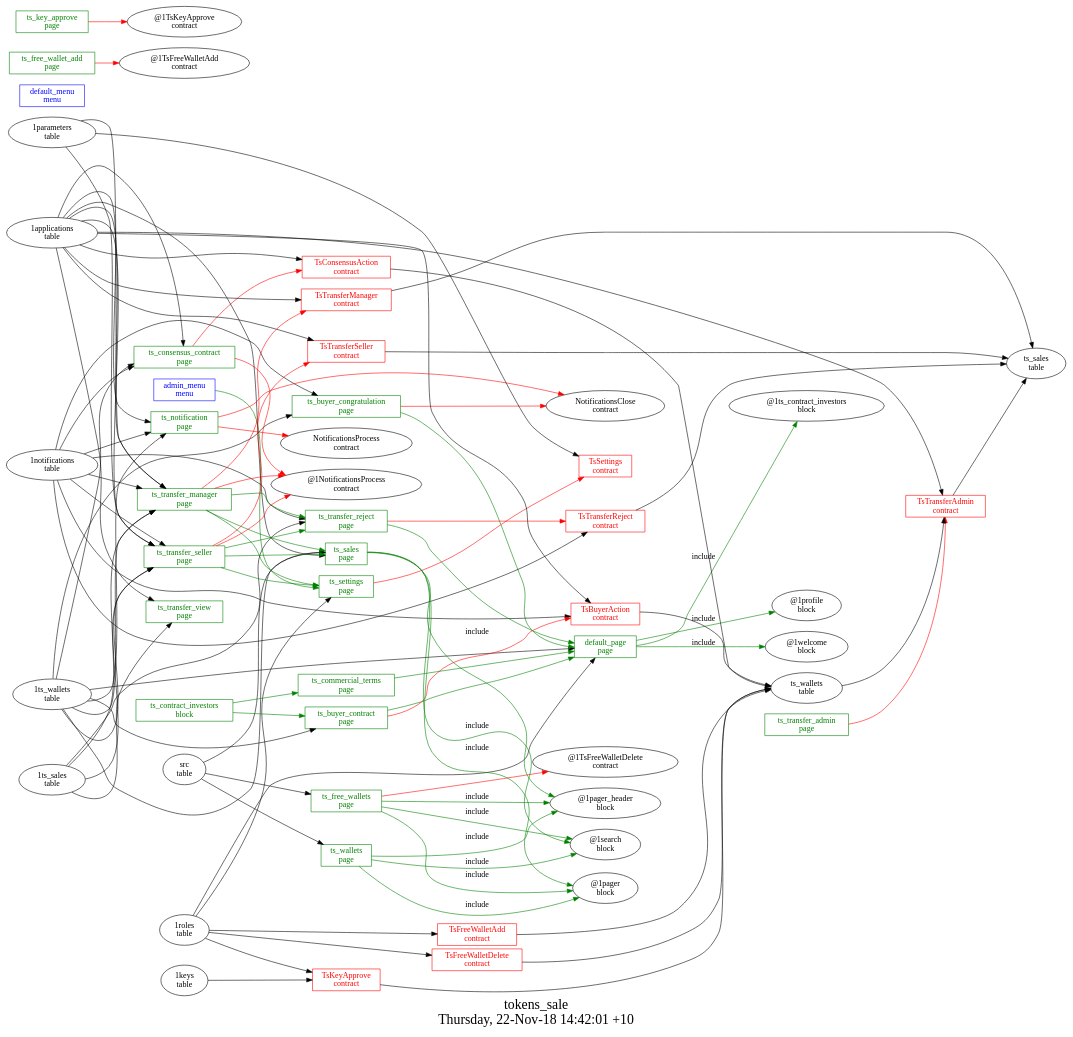
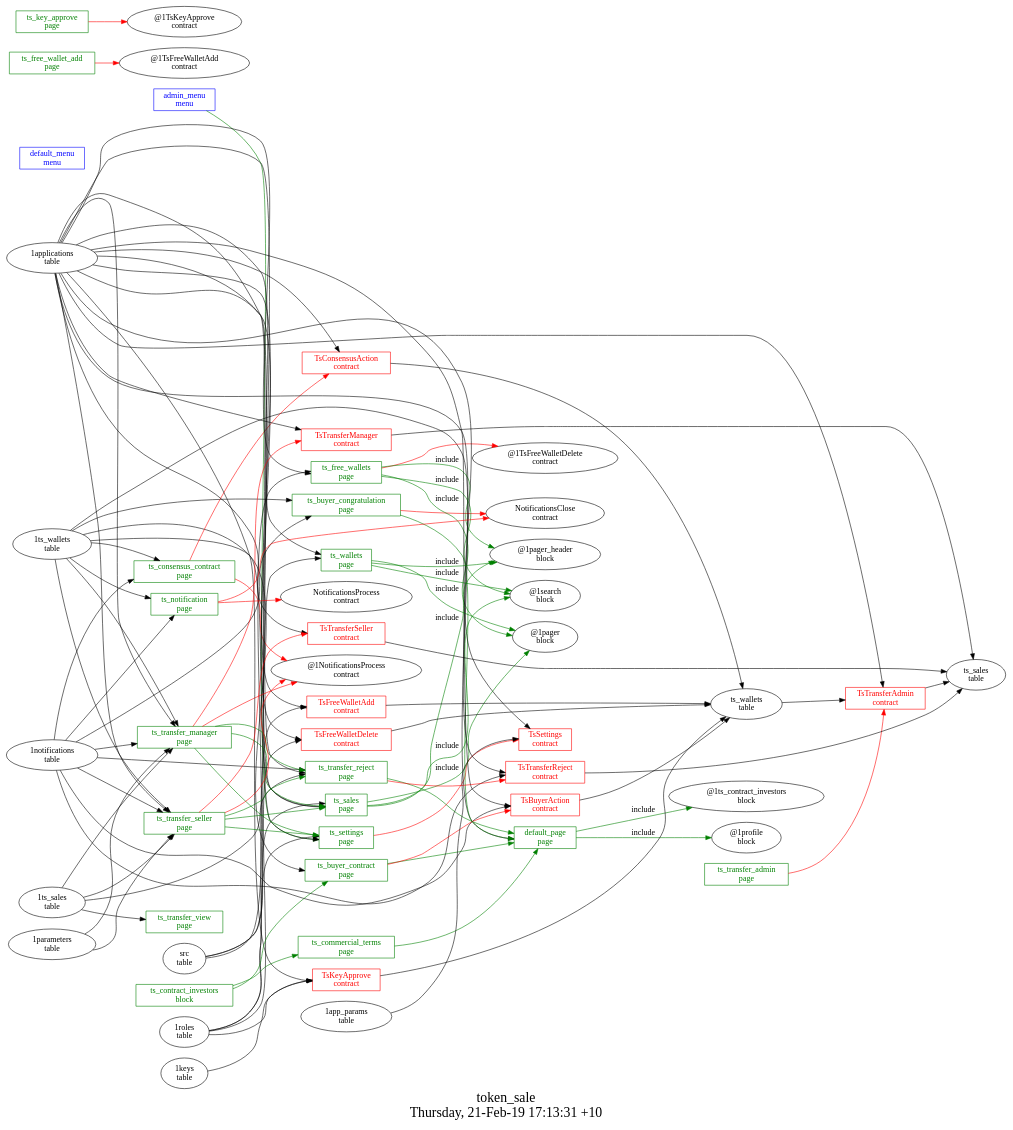
One commit to AplaProject/apps changed the diagram in ecosystem_apps/token_sale/struct.dot. Above: the diagram before and after it, drawn with Graphviz. The commit also changed 11 other files, not shown here.

```diff
--- a/ecosystem_apps/token_sale/struct.dot
+++ b/ecosystem_apps/token_sale/struct.dot
@@ -1,134 +1,138 @@
 digraph G {
 fontsize="24";
-label="tokens_sale\nThursday, 22-Nov-18 14:42:01 +10";
+label="token_sale\nThursday, 21-Feb-19 17:13:31 +10";
 nojustify=true;
 ordering=out;
 rankdir=LR;
 size="30";
 "admin_menu\nmenu" -> "ts_settings\npage"  [ color=green ]
 "admin_menu\nmenu" [color=blue, fontcolor=blue, group=menus, shape=record];
 "default_menu\nmenu" [color=blue, fontcolor=blue, group=menus, shape=record];
 "1ts_wallets\ntable" -> "default_page\npage"
-"1roles\ntable" -> "default_page\npage"
 "default_page\npage" -> "@1ts_contract_investors\nblock"  [ color=green, label=include ]
 "default_page\npage" -> "@1profile\nblock"  [ color=green, label=include ]
-"default_page\npage" -> "@1welcome\nblock"  [ color=green, label=include ]
 "default_page\npage" [color=green, fontcolor=green, group=pages, shape=record];
 "ts_buyer_congratulation\npage" -> "NotificationsClose\ncontract"  [ color=red ]
 "1ts_wallets\ntable" -> "ts_buyer_congratulation\npage"
 "1notifications\ntable" -> "ts_buyer_congratulation\npage"
 "ts_buyer_congratulation\npage" -> "default_page\npage"  [ color=green ]
 "ts_buyer_congratulation\npage" [color=green, fontcolor=green, group=pages, shape=record];
 "ts_buyer_contract\npage" -> "TsBuyerAction\ncontract"  [ color=red ]
 "1ts_wallets\ntable" -> "ts_buyer_contract\npage"
 "ts_buyer_contract\npage" -> "default_page\npage"  [ color=green ]
 "ts_buyer_contract\npage" [color=green, fontcolor=green, group=pages, shape=record];
 "ts_commercial_terms\npage" -> "default_page\npage"  [ color=green ]
 "ts_commercial_terms\npage" [color=green, fontcolor=green, group=pages, shape=record];
 "ts_consensus_contract\npage" -> "TsConsensusAction\ncontract"  [ color=red ]
 "ts_consensus_contract\npage" -> "@1NotificationsProcess\ncontract"  [ color=red ]
-"1applications\ntable" -> "ts_consensus_contract\npage"
 "1notifications\ntable" -> "ts_consensus_contract\npage"
 "1ts_wallets\ntable" -> "ts_consensus_contract\npage"
 "ts_consensus_contract\npage" [color=green, fontcolor=green, group=pages, shape=record];
 "ts_free_wallet_add\npage" -> "@1TsFreeWalletAdd\ncontract"  [ color=red ]
 "ts_free_wallet_add\npage" [color=green, fontcolor=green, group=pages, shape=record];
 "ts_free_wallets\npage" -> "@1TsFreeWalletDelete\ncontract"  [ color=red ]
+"1applications\ntable" -> "ts_free_wallets\npage"
 "src\ntable" -> "ts_free_wallets\npage"
 "ts_free_wallets\npage" -> "@1pager_header\nblock"  [ color=green, label=include ]
 "ts_free_wallets\npage" -> "@1search\nblock"  [ color=green, label=include ]
 "ts_free_wallets\npage" -> "@1pager\nblock"  [ color=green, label=include ]
 "ts_free_wallets\npage" [color=green, fontcolor=green, group=pages, shape=record];
 "ts_key_approve\npage" -> "@1TsKeyApprove\ncontract"  [ color=red ]
 "ts_key_approve\npage" [color=green, fontcolor=green, group=pages, shape=record];
 "ts_notification\npage" -> "NotificationsClose\ncontract"  [ color=red ]
 "ts_notification\npage" -> "NotificationsProcess\ncontract"  [ color=red ]
-"1applications\ntable" -> "ts_notification\npage"
 "1notifications\ntable" -> "ts_notification\npage"
 "1ts_wallets\ntable" -> "ts_notification\npage"
 "ts_notification\npage" [color=green, fontcolor=green, group=pages, shape=record];
 "1applications\ntable" -> "ts_sales\npage"
 "src\ntable" -> "ts_sales\npage"
 "1ts_wallets\ntable" -> "ts_sales\npage"
 "ts_sales\npage" -> "@1pager_header\nblock"  [ color=green, label=include ]
 "ts_sales\npage" -> "@1search\nblock"  [ color=green, label=include ]
 "ts_sales\npage" -> "@1pager\nblock"  [ color=green, label=include ]
 "ts_sales\npage" [color=green, fontcolor=green, group=pages, shape=record];
 "ts_settings\npage" -> "TsSettings\ncontract"  [ color=red ]
+"1applications\ntable" -> "ts_settings\npage"
 "1roles\ntable" -> "ts_settings\npage"
 "ts_settings\npage" [color=green, fontcolor=green, group=pages, shape=record];
 "ts_transfer_admin\npage" -> "TsTransferAdmin\ncontract"  [ color=red ]
 "ts_transfer_admin\npage" [color=green, fontcolor=green, group=pages, shape=record];
 "ts_transfer_manager\npage" -> "TsTransferManager\ncontract"  [ color=red ]
 "ts_transfer_manager\npage" -> "@1NotificationsProcess\ncontract"  [ color=red ]
 "1applications\ntable" -> "ts_transfer_manager\npage"
 "1notifications\ntable" -> "ts_transfer_manager\npage"
 "1ts_sales\ntable" -> "ts_transfer_manager\npage"
 "1ts_wallets\ntable" -> "ts_transfer_manager\npage"
 "1parameters\ntable" -> "ts_transfer_manager\npage"
 "ts_transfer_manager\npage" -> "ts_transfer_reject\npage"  [ color=green ]
 "ts_transfer_manager\npage" -> "ts_sales\npage"  [ color=green ]
 "ts_transfer_manager\npage" -> "ts_settings\npage"  [ color=green ]
 "ts_transfer_manager\npage" [color=green, fontcolor=green, group=pages, shape=record];
 "ts_transfer_reject\npage" -> "TsTransferReject\ncontract"  [ color=red ]
+"1applications\ntable" -> "ts_transfer_reject\npage"
 "1notifications\ntable" -> "ts_transfer_reject\npage"
 "1ts_sales\ntable" -> "ts_transfer_reject\npage"
 "ts_transfer_reject\npage" -> "default_page\npage"  [ color=green ]
 "ts_transfer_reject\npage" [color=green, fontcolor=green, group=pages, shape=record];
 "ts_transfer_seller\npage" -> "TsTransferSeller\ncontract"  [ color=red ]
 "ts_transfer_seller\npage" -> "@1NotificationsProcess\ncontract"  [ color=red ]
 "1applications\ntable" -> "ts_transfer_seller\npage"
 "1notifications\ntable" -> "ts_transfer_seller\npage"
 "1ts_sales\ntable" -> "ts_transfer_seller\npage"
 "1ts_wallets\ntable" -> "ts_transfer_seller\npage"
 "1parameters\ntable" -> "ts_transfer_seller\npage"
 "ts_transfer_seller\npage" -> "ts_transfer_reject\npage"  [ color=green ]
 "ts_transfer_seller\npage" -> "ts_sales\npage"  [ color=green ]
 "ts_transfer_seller\npage" -> "ts_settings\npage"  [ color=green ]
 "ts_transfer_seller\npage" [color=green, fontcolor=green, group=pages, shape=record];
-"1applications\ntable" -> "ts_transfer_view\npage"
 "1ts_sales\ntable" -> "ts_transfer_view\npage"
 "ts_transfer_view\npage" [color=green, fontcolor=green, group=pages, shape=record];
+"1applications\ntable" -> "ts_wallets\npage"
 "src\ntable" -> "ts_wallets\npage"
 "ts_wallets\npage" -> "@1pager_header\nblock"  [ color=green, label=include ]
 "ts_wallets\npage" -> "@1search\nblock"  [ color=green, label=include ]
 "ts_wallets\npage" -> "@1pager\nblock"  [ color=green, label=include ]
 "ts_wallets\npage" [color=green, fontcolor=green, group=pages, shape=record];
 "ts_contract_investors\nblock" -> "ts_commercial_terms\npage"  [ color=green ]
 "ts_contract_investors\nblock" -> "ts_buyer_contract\npage"  [ color=green ]
 "ts_contract_investors\nblock" [color=green, fontcolor=green, group=blocks, shape=record];
 "TsBuyerAction\ncontract" -> "ts_wallets\ntable"  [ color="" ]
 "1applications\ntable" -> "TsBuyerAction\ncontract"
 "1notifications\ntable" -> "TsBuyerAction\ncontract"
 "TsBuyerAction\ncontract" [color=red, fontcolor=red, group=contracts, shape=record];
 "TsConsensusAction\ncontract" -> "ts_wallets\ntable"  [ color="" ]
 "1applications\ntable" -> "TsConsensusAction\ncontract"
 "TsConsensusAction\ncontract" [color=red, fontcolor=red, group=contracts, shape=record];
 "TsFreeWalletAdd\ncontract" -> "ts_wallets\ntable"  [ color="" ]
+"1applications\ntable" -> "TsFreeWalletAdd\ncontract"
 "1roles\ntable" -> "TsFreeWalletAdd\ncontract"
 "TsFreeWalletAdd\ncontract" [color=red, fontcolor=red, group=contracts, shape=record];
 "TsFreeWalletDelete\ncontract" -> "ts_wallets\ntable"  [ color="" ]
+"1applications\ntable" -> "TsFreeWalletDelete\ncontract"
 "1roles\ntable" -> "TsFreeWalletDelete\ncontract"
 "TsFreeWalletDelete\ncontract" [color=red, fontcolor=red, group=contracts, shape=record];
 "TsKeyApprove\ncontract" -> "ts_wallets\ntable"  [ color="" ]
+"1applications\ntable" -> "TsKeyApprove\ncontract"
 "1keys\ntable" -> "TsKeyApprove\ncontract"
 "1roles\ntable" -> "TsKeyApprove\ncontract"
 "TsKeyApprove\ncontract" [color=red, fontcolor=red, group=contracts, shape=record];
-"1parameters\ntable" -> "TsSettings\ncontract"
+"1app_params\ntable" -> "TsSettings\ncontract"
+"1applications\ntable" -> "TsSettings\ncontract"
 "TsSettings\ncontract" [color=red, fontcolor=red, group=contracts, shape=record];
 "TsTransferAdmin\ncontract" -> "ts_sales\ntable"  [ color="" ]
 "1applications\ntable" -> "TsTransferAdmin\ncontract"
 "ts_wallets\ntable" -> "TsTransferAdmin\ncontract"
 "TsTransferAdmin\ncontract" [color=red, fontcolor=red, group=contracts, shape=record];
 "TsTransferManager\ncontract" -> "ts_sales\ntable"  [ color="" ]
 "1applications\ntable" -> "TsTransferManager\ncontract"
 "TsTransferManager\ncontract" [color=red, fontcolor=red, group=contracts, shape=record];
 "TsTransferReject\ncontract" -> "ts_sales\ntable"  [ color="" ]
+"1applications\ntable" -> "TsTransferReject\ncontract"
 "1notifications\ntable" -> "TsTransferReject\ncontract"
 "TsTransferReject\ncontract" [color=red, fontcolor=red, group=contracts, shape=record];
 "TsTransferSeller\ncontract" -> "ts_sales\ntable"  [ color="" ]
 "1applications\ntable" -> "TsTransferSeller\ncontract"
 "TsTransferSeller\ncontract" [color=red, fontcolor=red, group=contracts, shape=record];
 "ts_sales\ntable" [color="", fontcolor="", group=tables, shape=""];
 "ts_wallets\ntable" [color="", fontcolor="", group=tables, shape=""];
 }
```
